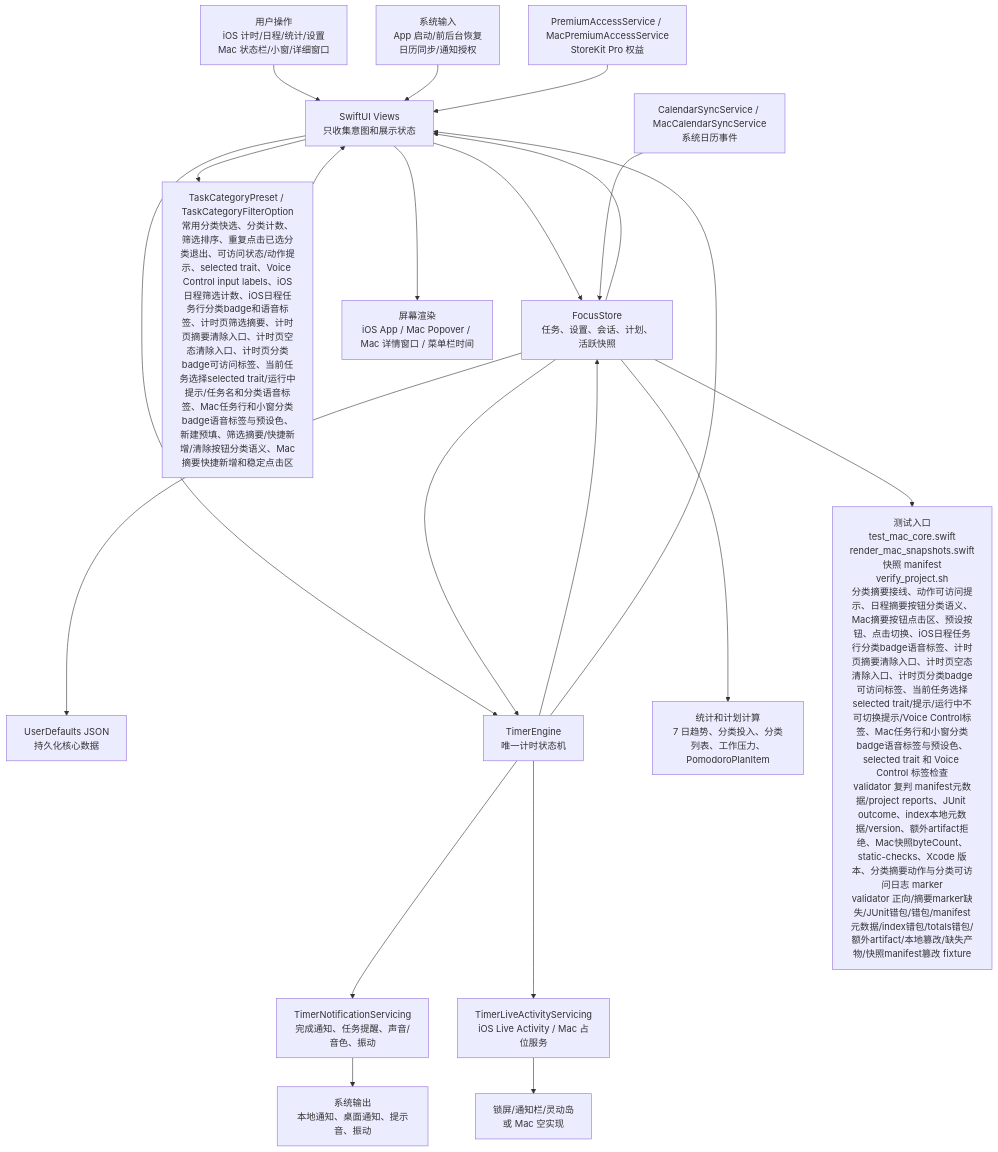
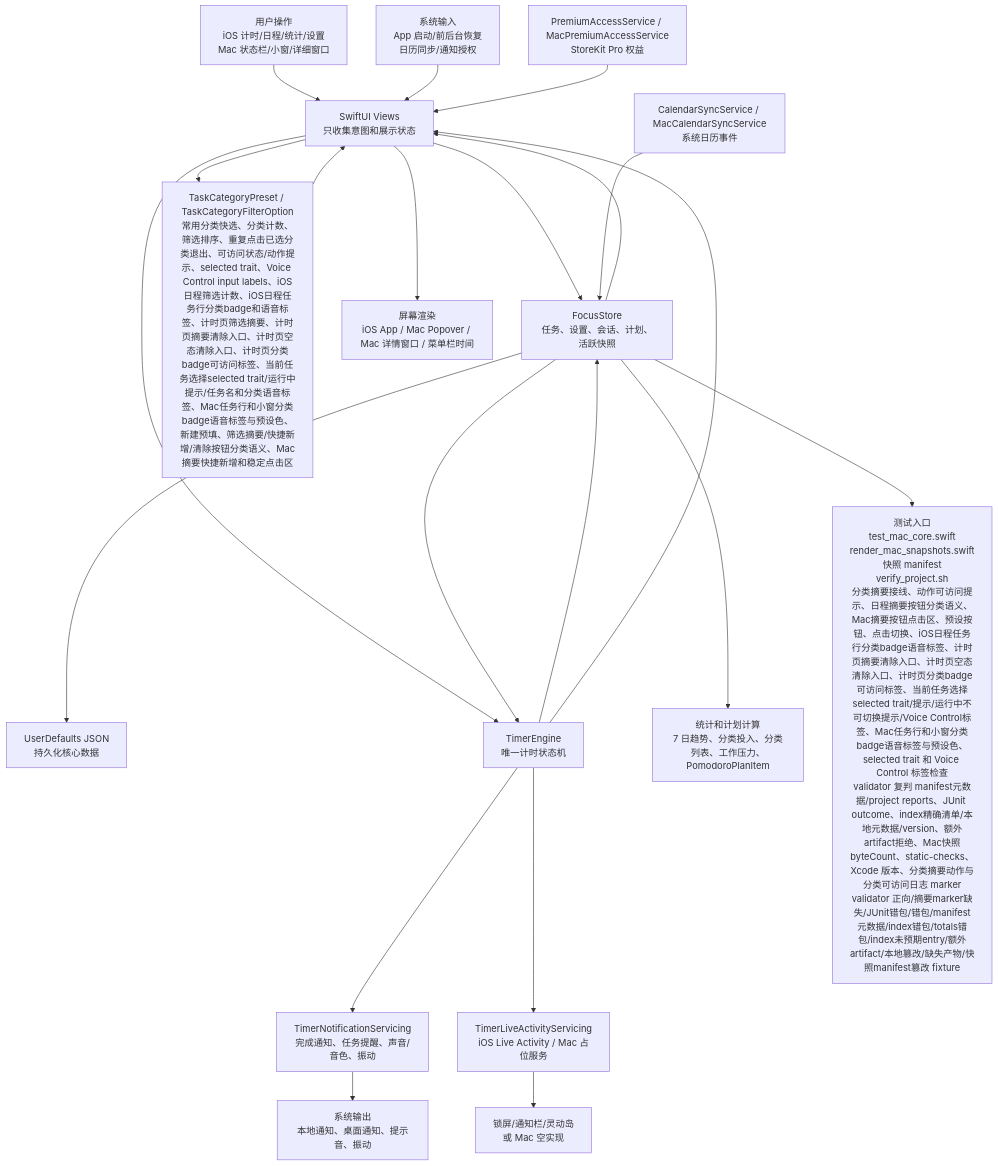
The first of 6 diagrams in md/flow/flowchart.md (Altman-sam114/114), drawn with Mermaid before and after one commit. The commit also changed other lines of this file and 7 other files, not shown here.

````diff
--- a/md/flow/flowchart.md
+++ b/md/flow/flowchart.md
@@ -9,23 +9,23 @@
 ```mermaid
 flowchart TD
   U["用户操作<br/>iOS 计时/日程/统计/设置<br/>Mac 状态栏/小窗/详细窗口"] --> V["SwiftUI Views<br/>只收集意图和展示状态"]
   SYS["系统输入<br/>App 启动/前后台恢复<br/>日历同步/通知授权"] --> V
   V --> S["FocusStore<br/>任务、设置、会话、计划、活跃快照"]
   V --> CAT["TaskCategoryPreset / TaskCategoryFilterOption<br/>常用分类快选、分类计数、筛选排序、重复点击已选分类退出、可访问状态/动作提示、selected trait、Voice Control input labels、iOS日程筛选计数、iOS日程任务行分类badge和语音标签、计时页筛选摘要、计时页摘要清除入口、计时页空态清除入口、计时页分类badge可访问标签、当前任务选择selected trait/运行中提示/任务名和分类语音标签、Mac任务行和小窗分类badge语音标签与预设色、新建预填、筛选摘要/快捷新增/清除按钮分类语义、Mac摘要快捷新增和稳定点击区"]
   CAT --> V
   S --> P["UserDefaults JSON<br/>持久化核心数据"]
   V --> E["TimerEngine<br/>唯一计时状态机"]
   S --> E
   E --> S
   E --> N["TimerNotificationServicing<br/>完成通知、任务提醒、声音/音色、振动"]
   E --> L["TimerLiveActivityServicing<br/>iOS Live Activity / Mac 占位服务"]
   S --> C["统计和计划计算<br/>7 日趋势、分类投入、分类列表、工作压力、PomodoroPlanItem"]
   CAL["CalendarSyncService / MacCalendarSyncService<br/>系统日历事件"] --> S
   PRO["PremiumAccessService / MacPremiumAccessService<br/>StoreKit Pro 权益"] --> V
   S --> V
   E --> V
   V --> OUT["屏幕渲染<br/>iOS App / Mac Popover / Mac 详情窗口 / 菜单栏时间"]
   N --> OUT2["系统输出<br/>本地通知、桌面通知、提示音、振动"]
   L --> OUT3["锁屏/通知栏/灵动岛<br/>或 Mac 空实现"]
-  S --> T["测试入口<br/>test_mac_core.swift<br/>render_mac_snapshots.swift<br/>快照 manifest<br/>verify_project.sh<br/>分类摘要接线、动作可访问提示、日程摘要按钮分类语义、Mac摘要按钮点击区、预设按钮、点击切换、iOS日程任务行分类badge语音标签、计时页摘要清除入口、计时页空态清除入口、计时页分类badge可访问标签、当前任务选择selected trait/提示/运行中不可切换提示/Voice Control标签、Mac任务行和小窗分类badge语音标签与预设色、selected trait 和 Voice Control 标签检查<br/>validator 复判 manifest元数据/project reports、JUnit outcome、index本地元数据/version、额外artifact拒绝、Mac快照byteCount、static-checks、Xcode 版本、分类摘要动作与分类可访问日志 marker<br/>validator 正向/摘要marker缺失/JUnit错包/错包/manifest元数据/index错包/totals错包/额外artifact/本地篡改/缺失产物/快照manifest篡改 fixture"]
+  S --> T["测试入口<br/>test_mac_core.swift<br/>render_mac_snapshots.swift<br/>快照 manifest<br/>verify_project.sh<br/>分类摘要接线、动作可访问提示、日程摘要按钮分类语义、Mac摘要按钮点击区、预设按钮、点击切换、iOS日程任务行分类badge语音标签、计时页摘要清除入口、计时页空态清除入口、计时页分类badge可访问标签、当前任务选择selected trait/提示/运行中不可切换提示/Voice Control标签、Mac任务行和小窗分类badge语音标签与预设色、selected trait 和 Voice Control 标签检查<br/>validator 复判 manifest元数据/project reports、JUnit outcome、index精确清单/本地元数据/version、额外artifact拒绝、Mac快照byteCount、static-checks、Xcode 版本、分类摘要动作与分类可访问日志 marker<br/>validator 正向/摘要marker缺失/JUnit错包/错包/manifest元数据/index错包/totals错包/index未预期entry/额外artifact/本地篡改/缺失产物/快照manifest篡改 fixture"]
 ```
````
